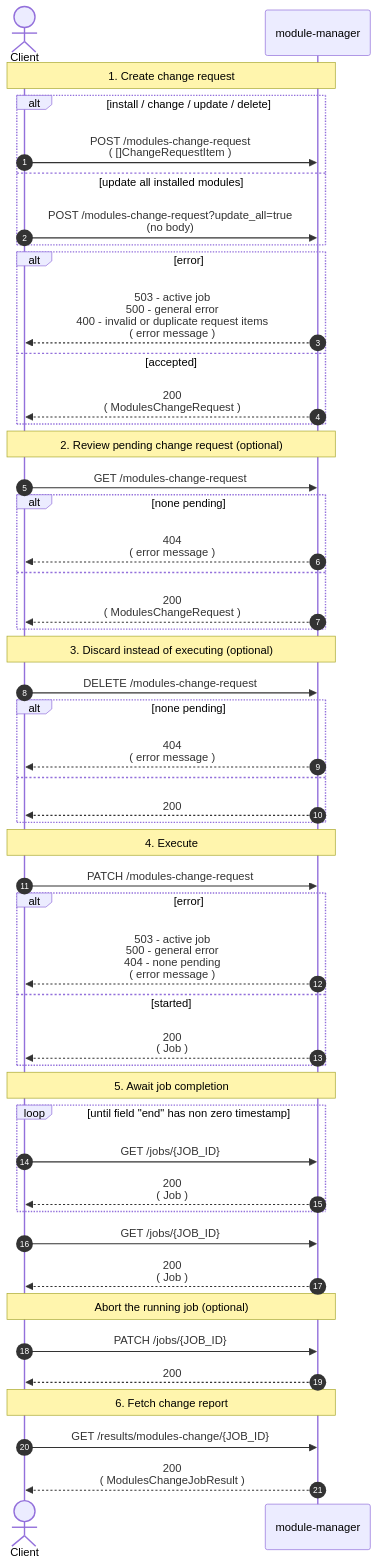
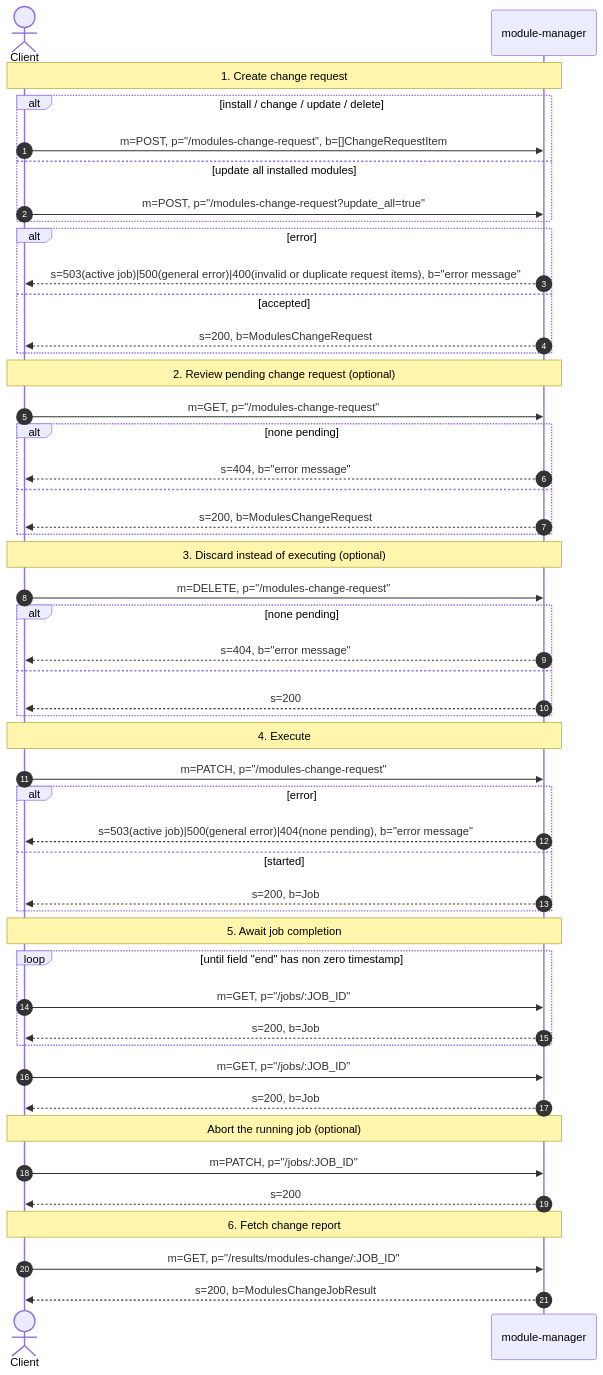
The second of 3 diagrams in README.md (SENERGY-Platform/mgw-module-manager), drawn with Mermaid before and after one commit.

````diff
--- a/README.md
+++ b/README.md
@@ -230,58 +230,58 @@
 ```mermaid
 sequenceDiagram
     autonumber
     actor C as Client
-    participant API as module-manager
+    participant A as module-manager
 
-    Note over C,API: 1. Create change request
+    Note over C,A: 1. Create change request
     alt install / change / update / delete
-        C->>API: POST /modules-change-request<br/>( []ChangeRequestItem )
+        C->>A: m=POST, p="/modules-change-request", b=[]ChangeRequestItem
     else update all installed modules
-        C->>API: POST /modules-change-request?update_all=true<br/>(no body)
+        C->>A: m=POST, p="/modules-change-request?update_all=true"
     end
     alt error
-        API-->>C: 503 - active job<br/>500 - general error<br/>400 - invalid or duplicate request items<br/>( error message )
+        A-->>C: s=503(active job)|500(general error)|400(invalid or duplicate request items), b="error message"
     else accepted
-        API-->>C: 200<br/>( ModulesChangeRequest )
+        A-->>C: s=200, b=ModulesChangeRequest
     end
 
-    Note over C,API: 2. Review pending change request (optional)
-    C->>API: GET /modules-change-request
+    Note over C,A: 2. Review pending change request (optional)
+    C->>A: m=GET, p="/modules-change-request"
     alt none pending
-        API-->>C: 404<br/>( error message )
+        A-->>C: s=404, b="error message"
     else
-        API-->>C: 200<br/>( ModulesChangeRequest )
+        A-->>C: s=200, b=ModulesChangeRequest
     end
 
-    Note over C,API: 3. Discard instead of executing (optional)
-    C->>API: DELETE /modules-change-request
+    Note over C,A: 3. Discard instead of executing (optional)
+    C->>A: m=DELETE, p="/modules-change-request"
     alt none pending
-        API-->>C: 404<br/>( error message )
+        A-->>C: s=404, b="error message"
     else
-        API-->>C: 200
+        A-->>C: s=200
     end
 
-    Note over C,API: 4. Execute
-    C->>API: PATCH /modules-change-request
+    Note over C,A: 4. Execute
+    C->>A: m=PATCH, p="/modules-change-request"
     alt error
-        API-->>C: 503 - active job<br/>500 - general error<br/>404 - none pending<br/>( error message )
+        A-->>C: s=503(active job)|500(general error)|404(none pending), b="error message"
     else started
-        API-->>C: 200<br/>( Job )
+        A-->>C: s=200, b=Job
     end
 
-    Note over C,API: 5. Await job completion
+    Note over C,A: 5. Await job completion
     loop until field "end" has non zero timestamp
-        C->>API: GET /jobs/{JOB_ID}
-        API-->>C: 200<br/>( Job )
+        C->>A: m=GET, p="/jobs/:JOB_ID"
+        A-->>C: s=200, b=Job
     end
-    C->>API: GET /jobs/{JOB_ID}
-    API-->>C: 200<br/>( Job )
+    C->>A: m=GET, p="/jobs/:JOB_ID"
+    A-->>C: s=200, b=Job
 
-    Note over C,API: Abort the running job (optional)
-    C->>API: PATCH /jobs/{JOB_ID}
-    API-->>C: 200
+    Note over C,A: Abort the running job (optional)
+    C->>A: m=PATCH, p="/jobs/:JOB_ID"
+    A-->>C: s=200
 
-    Note over C,API: 6. Fetch change report
-    C->>API: GET /results/modules-change/{JOB_ID}
-    API-->>C: 200<br/>( ModulesChangeJobResult )
+    Note over C,A: 6. Fetch change report
+    C->>A: m=GET, p="/results/modules-change/:JOB_ID"
+    A-->>C: s=200, b=ModulesChangeJobResult
 ```
````
